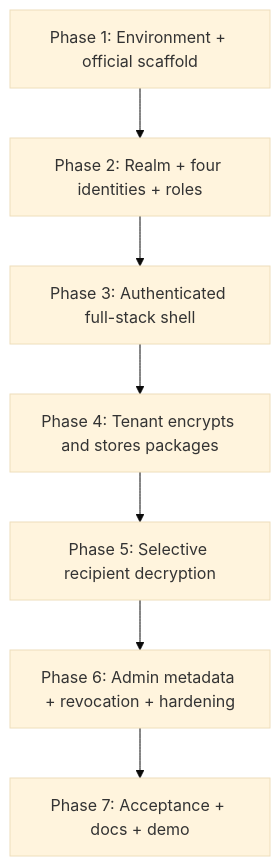
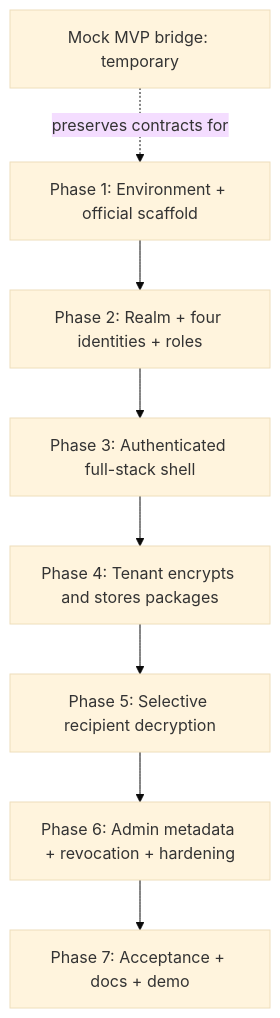
The second of 2 diagrams in docs/plans/README.md (nguyenkhaan/RMIT_SGS_UIT__Lipot_C2), drawn with Mermaid (base theme) before and after one commit. The commit also changed other lines of this file and 13 other files, not shown here.

````diff
--- a/docs/plans/README.md
+++ b/docs/plans/README.md
@@ -60,12 +62,14 @@
 ```mermaid
 flowchart TD
+    M0[Mock MVP bridge: temporary]
     P1[Phase 1: Environment + official scaffold]
     P2[Phase 2: Realm + four identities + roles]
     P3[Phase 3: Authenticated full-stack shell]
     P4[Phase 4: Tenant encrypts and stores packages]
     P5[Phase 5: Selective recipient decryption]
     P6[Phase 6: Admin metadata + revocation + hardening]
     P7[Phase 7: Acceptance + docs + demo]
 
+    M0 -. preserves contracts for .-> P1
     P1 --> P2 --> P3 --> P4 --> P5 --> P6 --> P7
 ```
````
